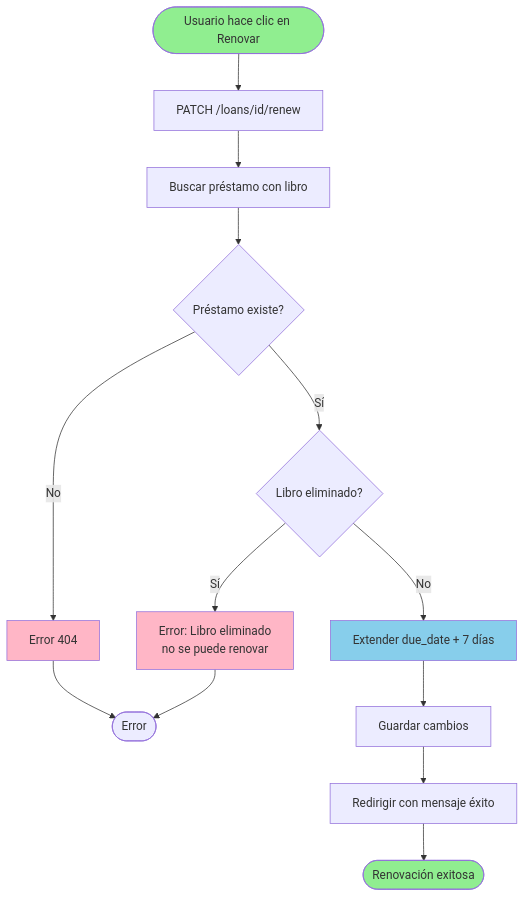
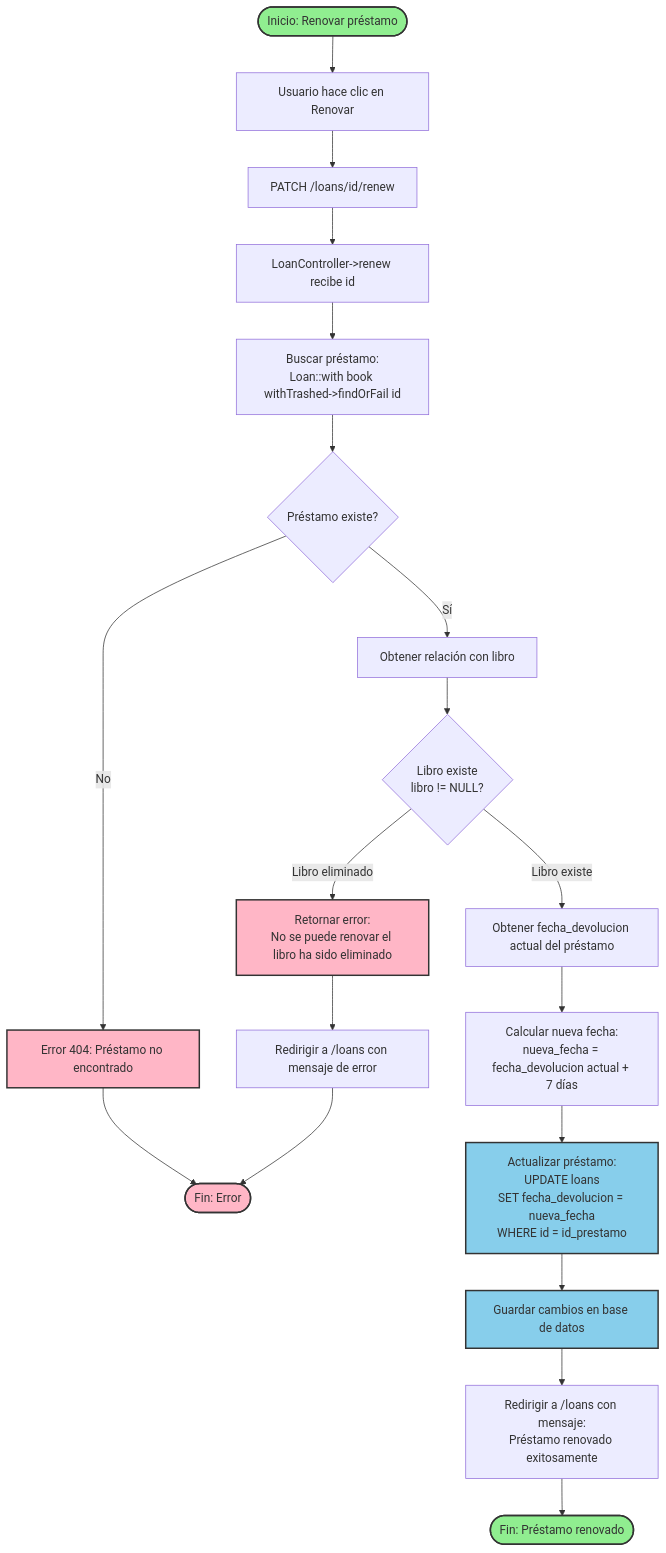
Before and after one commit to CristoferGuillen/BiblioTech: the fifth of 15 diagrams in DIAGRAMAS.md, drawn with Mermaid. The commit also changed other lines of this file, not shown here.

Commit message:
fix: corrige diagramas con información real y todo en español

````diff
--- a/DIAGRAMAS.md
+++ b/DIAGRAMAS.md
@@ -232,24 +264,35 @@
 ```mermaid
 flowchart TD
-    Start([Usuario hace clic en Renovar]) --> GetLoan[PATCH /loans/id/renew]
-    GetLoan --> FindLoan[Buscar préstamo con libro]
+    A([Inicio: Renovar préstamo]) --> B[Usuario hace clic en Renovar]
+    B --> C[PATCH /loans/id/renew]
+    C --> D[LoanController->renew recibe id]
     
-    FindLoan --> LoanExists{Préstamo existe?}
-    LoanExists -->|No| Error404[Error 404]
-    Error404 --> End([Error])
+    D --> E[Buscar préstamo:<br/>Loan::with book withTrashed->findOrFail id]
+    E --> F{Préstamo existe?}
     
-    LoanExists -->|Sí| BookDeleted{Libro eliminado?}
-    BookDeleted -->|Sí| ErrorDeleted[Error: Libro eliminado<br/>no se puede renovar]
-    ErrorDeleted --> End
+    F -->|No| G[Error 404: Préstamo no encontrado]
+    G --> H([Fin: Error])
     
-    BookDeleted -->|No| ExtendDate[Extender due_date + 7 días]
-    ExtendDate --> Save[Guardar cambios]
-    Save --> Success[Redirigir con mensaje éxito]
-    Success --> EndSuccess([Renovación exitosa])
+    F -->|Sí| I[Obtener relación con libro]
+    I --> J{Libro existe<br/>libro != NULL?}
+    
+    J -->|Libro eliminado| K[Retornar error:<br/>No se puede renovar el libro ha sido eliminado]
+    K --> L[Redirigir a /loans con mensaje de error]
+    L --> H
+    
+    J -->|Libro existe| M[Obtener fecha_devolucion actual del préstamo]
+    M --> N[Calcular nueva fecha:<br/>nueva_fecha = fecha_devolucion actual + 7 días]
+    N --> O[Actualizar préstamo:<br/>UPDATE loans<br/>SET fecha_devolucion = nueva_fecha<br/>WHERE id = id_prestamo]
+    O --> P[Guardar cambios en base de datos]
+    P --> Q[Redirigir a /loans con mensaje:<br/>Préstamo renovado exitosamente]
+    
+    Q --> R([Fin: Préstamo renovado])
 
-    style Start fill:#90EE90
-    style EndSuccess fill:#90EE90
-    style Error404 fill:#FFB6C6
-    style ErrorDeleted fill:#FFB6C6
-    style ExtendDate fill:#87CEEB
+    style A fill:#90EE90,stroke:#333,stroke-width:2px
+    style R fill:#90EE90,stroke:#333,stroke-width:2px
+    style H fill:#FFB6C6,stroke:#333,stroke-width:2px
+    style K fill:#FFB6C6,stroke:#333,stroke-width:2px
+    style G fill:#FFB6C6,stroke:#333,stroke-width:2px
+    style O fill:#87CEEB,stroke:#333,stroke-width:2px
+    style P fill:#87CEEB,stroke:#333,stroke-width:2px
 ```
````
